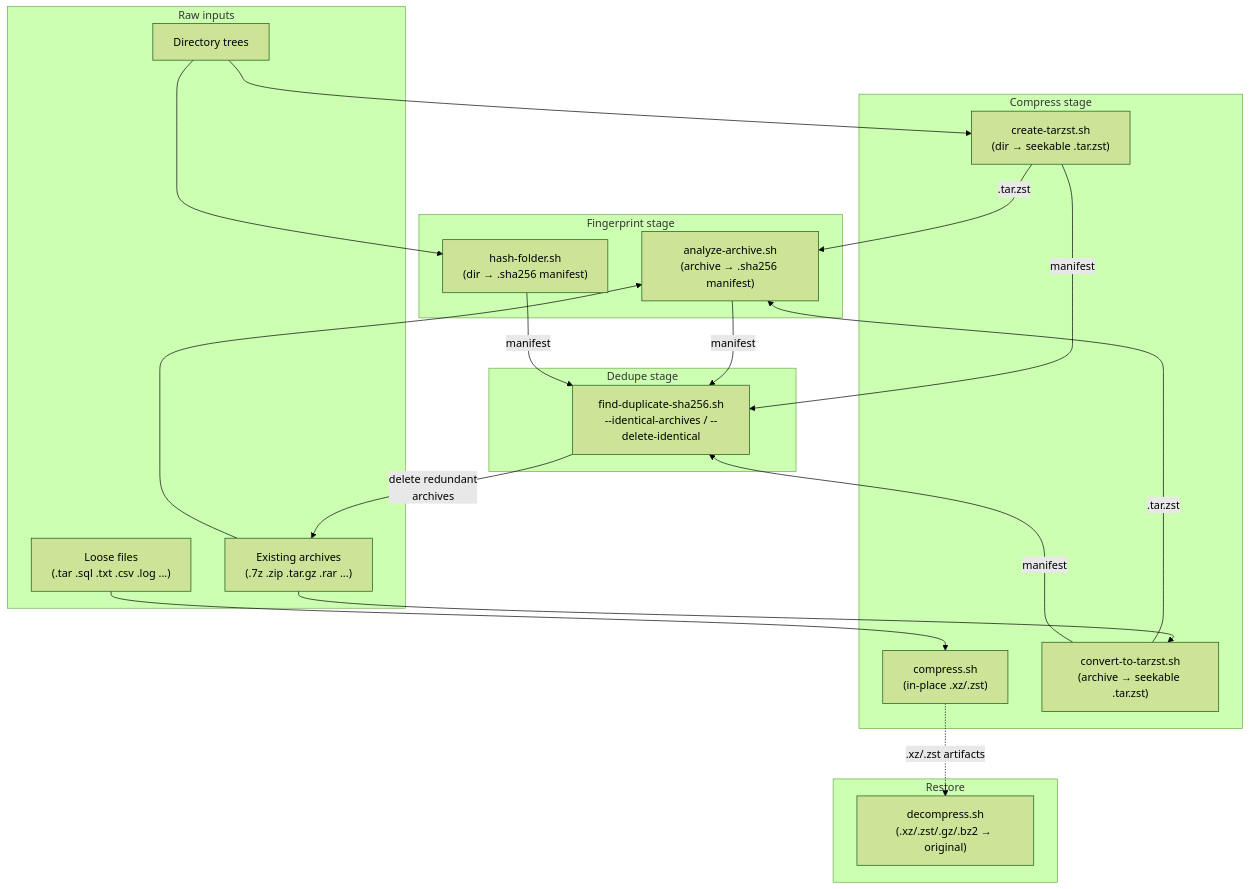
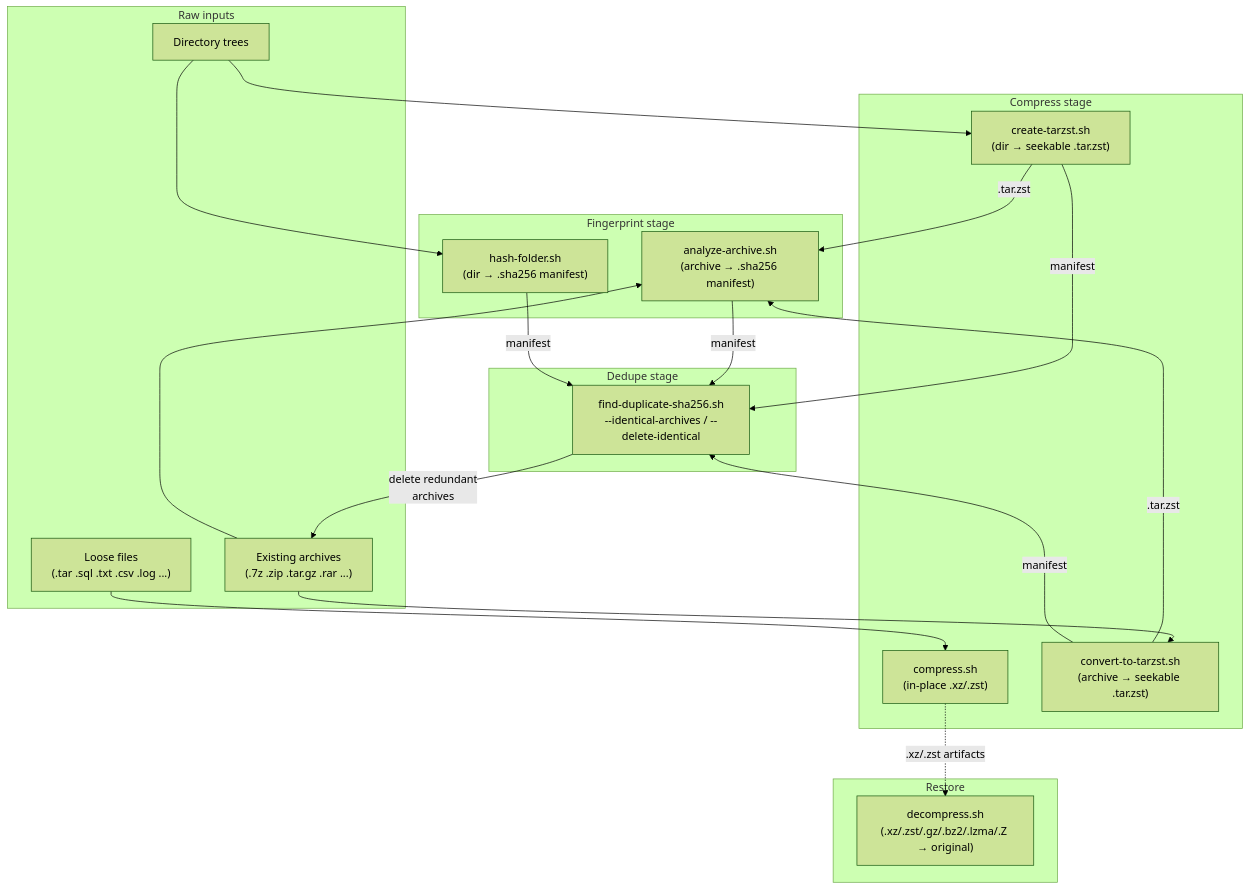
The diagram in docs/WORKFLOW.md (luni/archive-tools), drawn with Mermaid (forest theme) before and after one commit. The commit also changed other lines of this file and 4 other files, not shown here.

First line of the commit message:
docs: decompress lzma/Z coverage and manifest escaping convention

````diff
--- a/docs/WORKFLOW.md
+++ b/docs/WORKFLOW.md
@@ -10,49 +10,49 @@
 ```mermaid
 flowchart TD
     subgraph inputs["Raw inputs"]
         LOOSE["Loose files<br/>(.tar .sql .txt .csv .log ...)"]
         DIR["Directory trees"]
         LEGACY["Existing archives<br/>(.7z .zip .tar.gz .rar ...)"]
     end
 
     subgraph compress["Compress stage"]
         C["compress.sh<br/>(in-place .xz/.zst)"]
         CT["create-tarzst.sh<br/>(dir → seekable .tar.zst)"]
         CV["convert-to-tarzst.sh<br/>(archive → seekable .tar.zst)"]
     end
 
     subgraph fingerprint["Fingerprint stage"]
         AA["analyze-archive.sh<br/>(archive → .sha256 manifest)"]
         HF["hash-folder.sh<br/>(dir → .sha256 manifest)"]
     end
 
     subgraph dedupe["Dedupe stage"]
         FD["find-duplicate-sha256.sh<br/>--identical-archives / --delete-identical"]
     end
 
     subgraph restore["Restore"]
-        D["decompress.sh<br/>(.xz/.zst/.gz/.bz2 → original)"]
+        D["decompress.sh<br/>(.xz/.zst/.gz/.bz2/.lzma/.Z → original)"]
     end
 
     LOOSE --> C
     DIR --> CT
     DIR --> HF
     LEGACY --> CV
     LEGACY --> AA
     C -.->|".xz/.zst artifacts"| D
     CV -->|".tar.zst"| AA
     CT -->|".tar.zst"| AA
     CT -->|manifest| FD
     CV -->|manifest| FD
     AA -->|manifest| FD
     HF -->|manifest| FD
     FD -->|delete redundant<br/>archives| LEGACY
 
     click C "compress.md"
     click D "decompress.md"
     click AA "analyze-archive.md"
     click CV "convert-to-tarzst.md"
     click CT "create-tarzst.md"
     click FD "find-duplicate-sha256.md"
     click HF "hash-folder.md"
 ```
````
